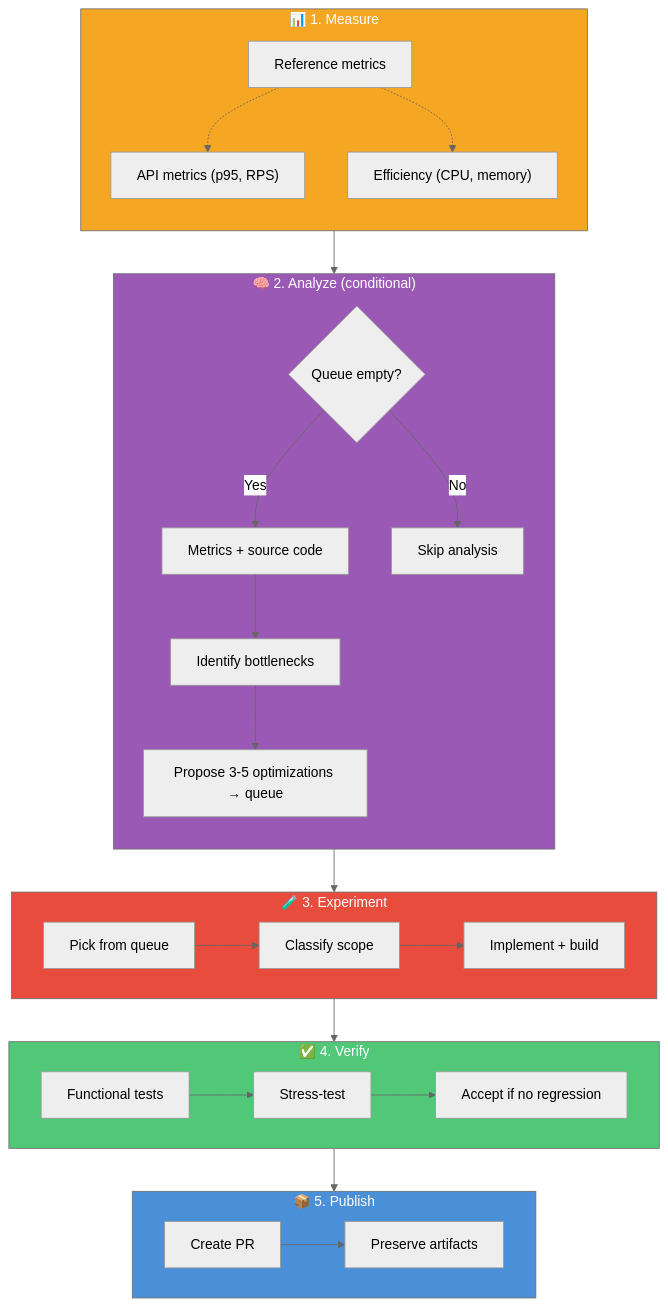
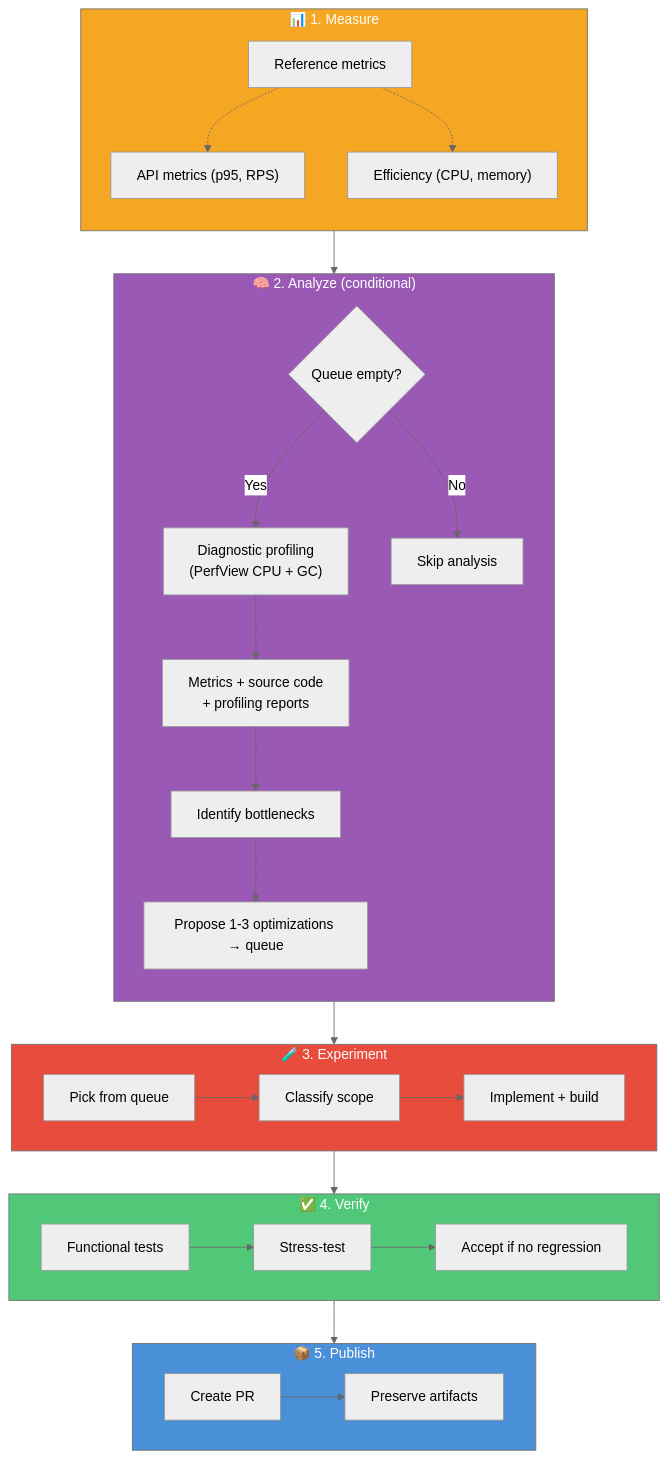
One commit to J-Bax/Hone changed the first of 2 diagrams in docs/architecture.md. Above: the diagram before and after it, drawn with Mermaid (neutral theme). The commit also changed other lines of this file and 4 other files, not shown here.

````diff
--- a/docs/architecture.md
+++ b/docs/architecture.md
@@ -25,41 +25,42 @@
 ```mermaid
 flowchart TD
     subgraph MEASURE["📊 1. Measure"]
         direction TB
         M1["Reference metrics"]
         M1 -.-> M2["API metrics (p95, RPS)"]
         M1 -.-> M3["Efficiency (CPU, memory)"]
     end
 
     subgraph ANALYZE["🧠 2. Analyze (conditional)"]
         direction TB
         A0{"Queue empty?"}
-        A0 -->|Yes| A1["Metrics + source code"]
+        A0 -->|Yes| AD["Diagnostic profiling<br/>(PerfView CPU + GC)"]
+        AD --> A1["Metrics + source code<br/>+ profiling reports"]
         A1 --> A2["Identify bottlenecks"]
-        A2 --> A3["Propose 3-5 optimizations → queue"]
+        A2 --> A3["Propose 1-3 optimizations → queue"]
         A0 -->|No| A4["Skip analysis"]
     end
 
     subgraph EXPERIMENT["🧪 3. Experiment"]
         direction LR
         E1["Pick from queue"] --> E2["Classify scope"] --> E3["Implement + build"]
     end
 
     subgraph VERIFY["✅ 4. Verify"]
         direction LR
         V1["Functional tests"] --> V2["Stress-test"] --> V3["Accept if no regression"]
     end
 
     subgraph PUBLISH["📦 5. Publish"]
         direction LR
         P1["Create PR"] --> P2["Preserve artifacts"]
     end
 
     MEASURE --> ANALYZE --> EXPERIMENT --> VERIFY --> PUBLISH
 
     style MEASURE fill:#f5a623,color:#fff
     style ANALYZE fill:#9b59b6,color:#fff
     style EXPERIMENT fill:#e74c3c,color:#fff
     style VERIFY fill:#50c878,color:#fff
     style PUBLISH fill:#4a90d9,color:#fff
 ```
````
